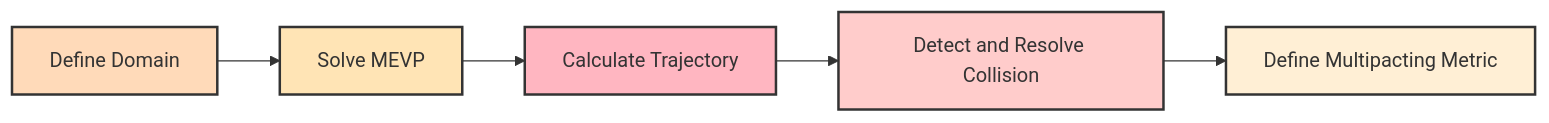
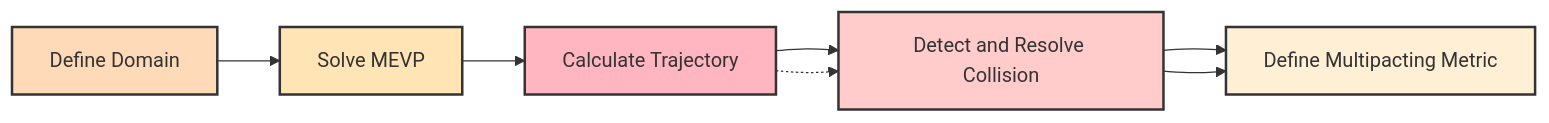
The diagram in README.md (Dark-Elektron/PyMultipact), drawn with Mermaid before and after one commit.

````diff
--- a/README.md
+++ b/README.md
@@ -15,13 +15,17 @@
 ```mermaid
 graph LR
     A[Define Domain]:::defineDomain --> B[Solve MEVP]:::solveMevp
     B --> C[Calculate Trajectory]:::calculateTrajectory
     C --> D[Detect and Resolve Collision]:::detectResolveCollision
     D --> E[Define Multipacting Metric]:::defineMultipactingMetric
 
     classDef defineDomain fill:#FFDAB9,stroke:#333,stroke-width:2px;
     classDef solveMevp fill:#FFE4B5,stroke:#333,stroke-width:2px;
     classDef calculateTrajectory fill:#FFB6C1,stroke:#333,stroke-width:2px;
     classDef detectResolveCollision fill:#FFCCCB,stroke:#333,stroke-width:2px;
     classDef defineMultipactingMetric fill:#FFEFD5,stroke:#333,stroke-width:2px;
+    
+    %% Bend the arrow
+    D -->| | E
+    C -.->| | D
 ```
````
